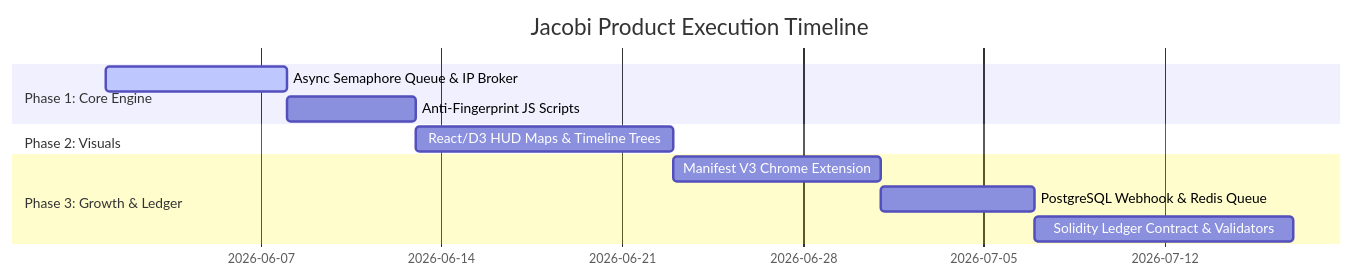
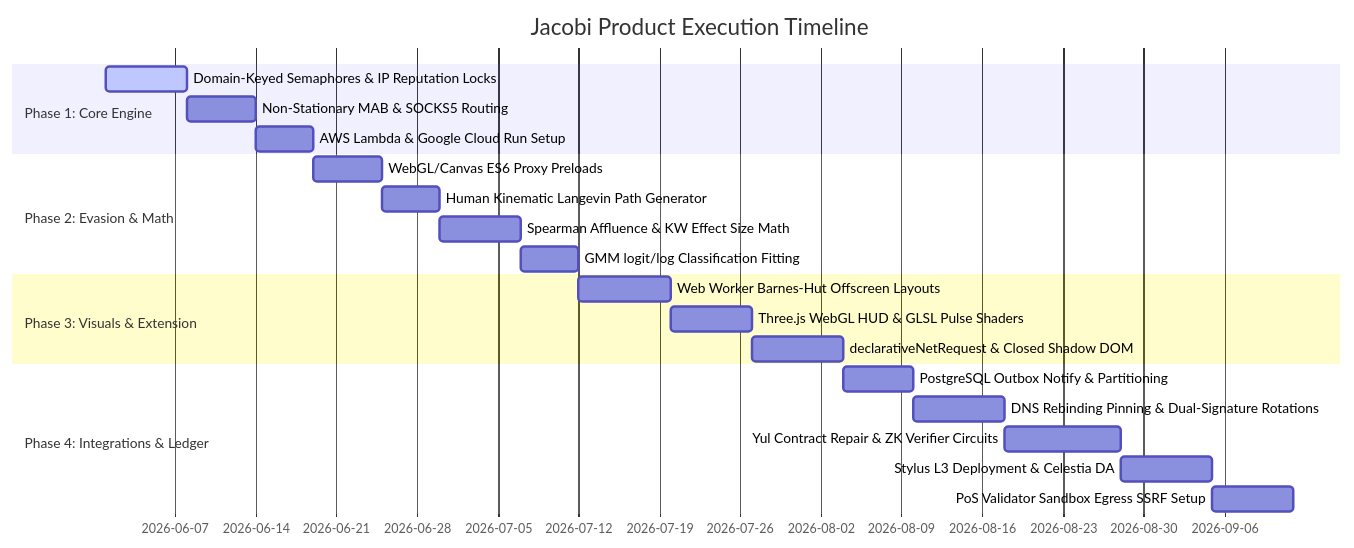
The diagram in product_roadmap.md (Hussain800/Jacobi_mark3), drawn with Mermaid before and after one commit. The commit also changed other lines of this file and 6 other files, not shown here.

First line of the commit message:
Wire dormant concurrency + IP broker, fix smart contract Yul bug

````diff
--- a/product_roadmap.md
+++ b/product_roadmap.md
@@ -205,14 +451,24 @@
 ```mermaid
 gantt
     title Jacobi Product Execution Timeline
     dateFormat  YYYY-MM-DD
     section Phase 1: Core Engine
-    Async Semaphore Queue & IP Broker   :active, 2026-06-01, 7d
-    Anti-Fingerprint JS Scripts         : 2026-06-08, 5d
-    section Phase 2: Visuals
-    React/D3 HUD Maps & Timeline Trees  : 2026-06-13, 10d
-    section Phase 3: Growth & Ledger
-    Manifest V3 Chrome Extension        : 2026-06-23, 8d
-    PostgreSQL Webhook & Redis Queue    : 2026-07-01, 6d
-    Solidity Ledger Contract & Validators: 2026-07-07, 10d
+    Domain-Keyed Semaphores & IP Reputation Locks :active, 2026-06-01, 7d
+    Non-Stationary MAB & SOCKS5 Routing           : 2026-06-08, 6d
+    AWS Lambda & Google Cloud Run Setup           : 2026-06-14, 5d
+    section Phase 2: Evasion & Math
+    WebGL/Canvas ES6 Proxy Preloads               : 2026-06-19, 6d
+    Human Kinematic Langevin Path Generator       : 2026-06-25, 5d
+    Spearman Affluence & KW Effect Size Math      : 2026-06-30, 7d
+    GMM logit/log Classification Fitting          : 2026-07-07, 5d
+    section Phase 3: Visuals & Extension
+    Web Worker Barnes-Hut Offscreen Layouts       : 2026-07-12, 8d
+    Three.js WebGL HUD & GLSL Pulse Shaders       : 2026-07-20, 7d
+    declarativeNetRequest & Closed Shadow DOM     : 2026-07-27, 8d
+    section Phase 4: Integrations & Ledger
+    PostgreSQL Outbox Notify & Partitioning       : 2026-08-04, 6d
+    DNS Rebinding Pinning & Dual-Signature Rotations : 2026-08-10, 8d
+    Yul Contract Repair & ZK Verifier Circuits    : 2026-08-18, 10d
+    Stylus L3 Deployment & Celestia DA            : 2026-08-28, 8d
+    PoS Validator Sandbox Egress SSRF Setup       : 2026-09-05, 7d
 ```
````
